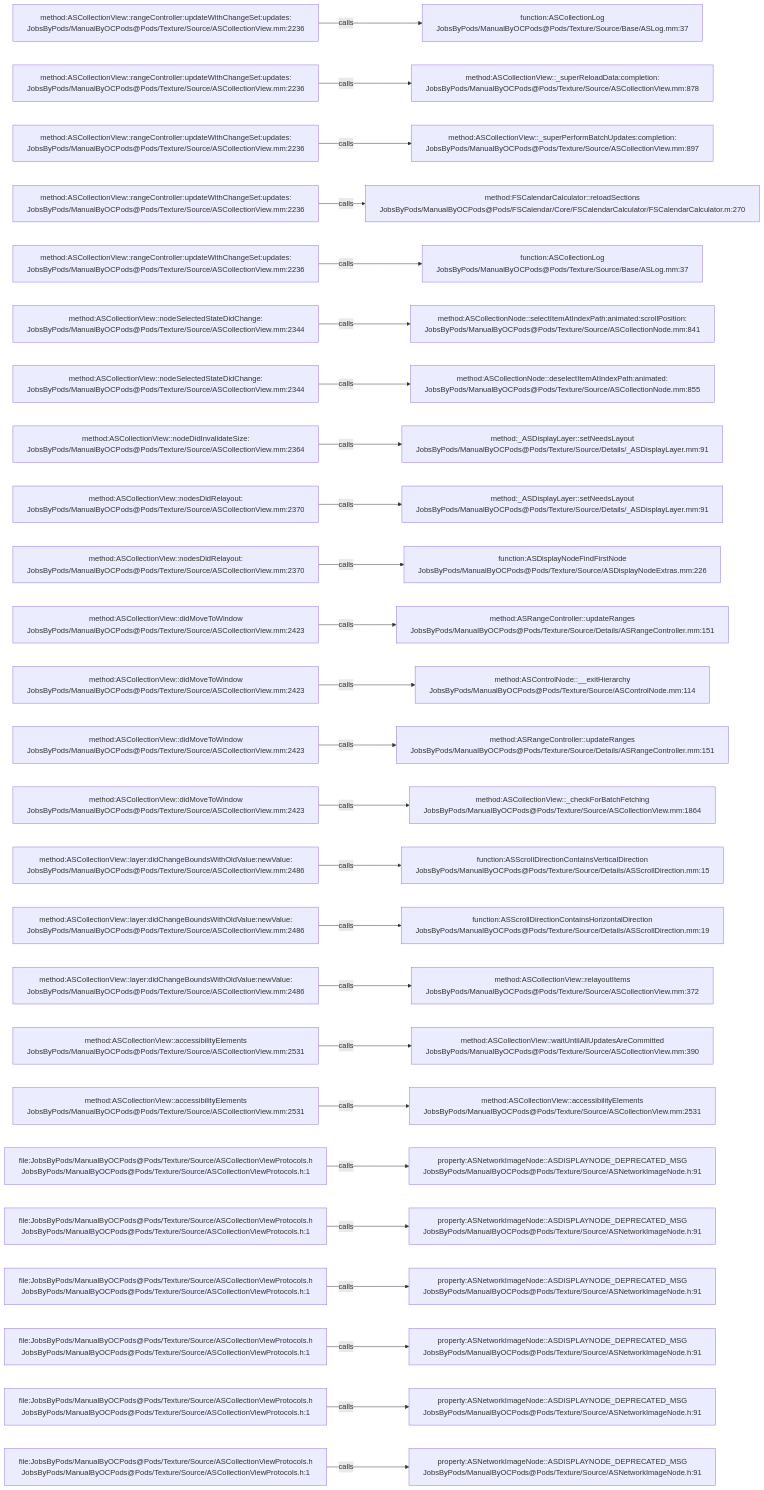
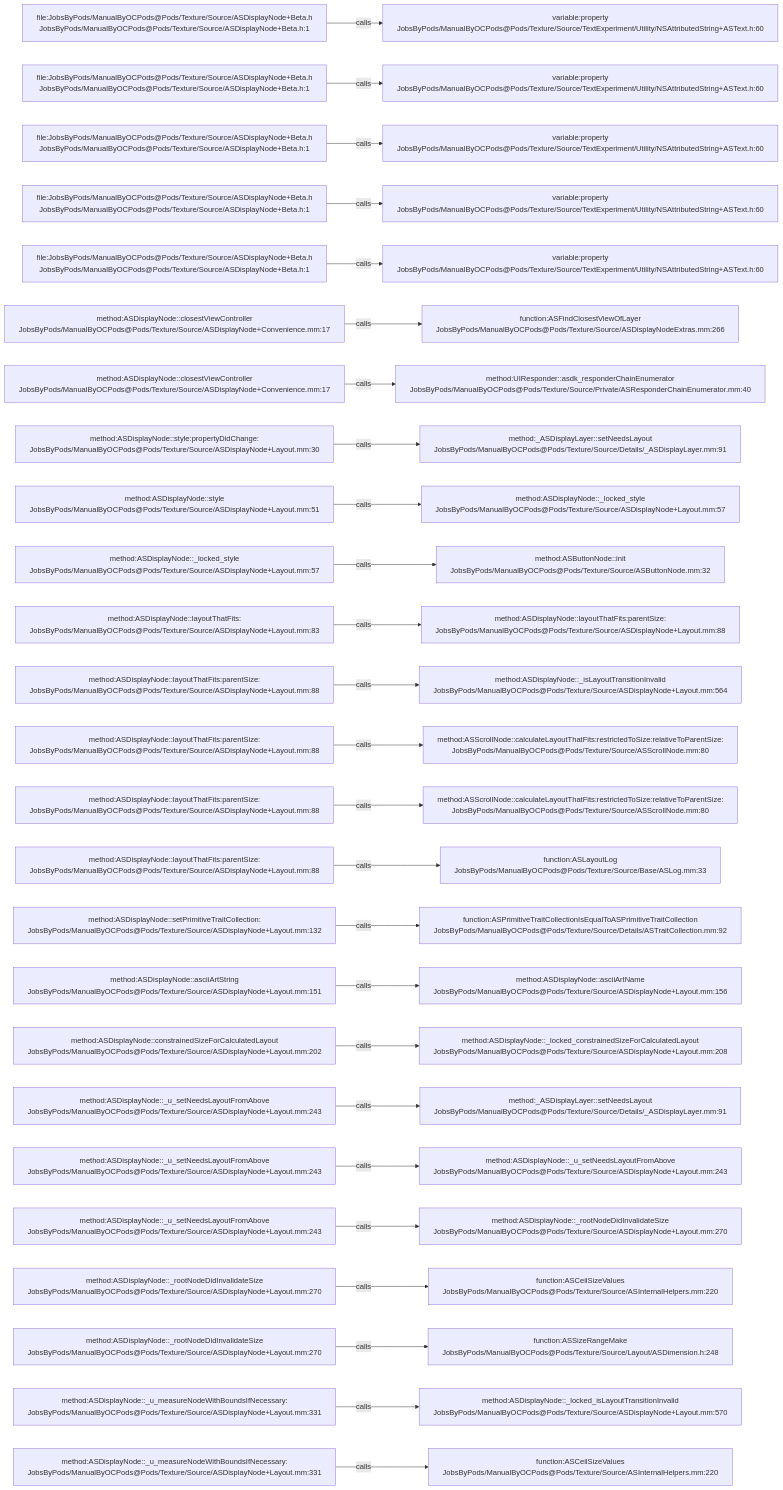
One commit to JobsKits/JobsOCBaseConfigDemo changed the diagram in .codegraph/codegraph.md/graphs/calls-092.md. Above: the diagram before and after it, drawn with Mermaid. The commit also changed 1223 other files, not shown here.

````diff
--- a/.codegraph/codegraph.md/graphs/calls-092.md
+++ b/.codegraph/codegraph.md/graphs/calls-092.md
@@ -13,78 +13,78 @@
 ```mermaid
 flowchart LR
-  S1["method:ASCollectionView::rangeController:updateWithChangeSet:updates:<br/>JobsByPods/ManualByOCPods@Pods/Texture/Source/ASCollectionView.mm:2236"]
-  T1["function:ASCollectionLog<br/>JobsByPods/ManualByOCPods@Pods/Texture/Source/Base/ASLog.mm:37"]
+  S1["file:JobsByPods/ManualByOCPods@Pods/Texture/Source/ASDisplayNode+Beta.h<br/>JobsByPods/ManualByOCPods@Pods/Texture/Source/ASDisplayNode+Beta.h:1"]
+  T1["variable:property<br/>JobsByPods/ManualByOCPods@Pods/Texture/Source/TextExperiment/Utility/NSAttributedString+ASText.h:60"]
   S1 -->|calls| T1
-  S2["method:ASCollectionView::rangeController:updateWithChangeSet:updates:<br/>JobsByPods/ManualByOCPods@Pods/Texture/Source/ASCollectionView.mm:2236"]
-  T2["method:ASCollectionView::_superReloadData:completion:<br/>JobsByPods/ManualByOCPods@Pods/Texture/Source/ASCollectionView.mm:878"]
+  S2["file:JobsByPods/ManualByOCPods@Pods/Texture/Source/ASDisplayNode+Beta.h<br/>JobsByPods/ManualByOCPods@Pods/Texture/Source/ASDisplayNode+Beta.h:1"]
+  T2["variable:property<br/>JobsByPods/ManualByOCPods@Pods/Texture/Source/TextExperiment/Utility/NSAttributedString+ASText.h:60"]
   S2 -->|calls| T2
-  S3["method:ASCollectionView::rangeController:updateWithChangeSet:updates:<br/>JobsByPods/ManualByOCPods@Pods/Texture/Source/ASCollectionView.mm:2236"]
-  T3["method:ASCollectionView::_superPerformBatchUpdates:completion:<br/>JobsByPods/ManualByOCPods@Pods/Texture/Source/ASCollectionView.mm:897"]
+  S3["file:JobsByPods/ManualByOCPods@Pods/Texture/Source/ASDisplayNode+Beta.h<br/>JobsByPods/ManualByOCPods@Pods/Texture/Source/ASDisplayNode+Beta.h:1"]
+  T3["variable:property<br/>JobsByPods/ManualByOCPods@Pods/Texture/Source/TextExperiment/Utility/NSAttributedString+ASText.h:60"]
   S3 -->|calls| T3
-  S4["method:ASCollectionView::rangeController:updateWithChangeSet:updates:<br/>JobsByPods/ManualByOCPods@Pods/Texture/Source/ASCollectionView.mm:2236"]
-  T4["method:FSCalendarCalculator::reloadSections<br/>JobsByPods/ManualByOCPods@Pods/FSCalendar/Core/FSCalendarCalculator/FSCalendarCalculator.m:270"]
+  S4["file:JobsByPods/ManualByOCPods@Pods/Texture/Source/ASDisplayNode+Beta.h<br/>JobsByPods/ManualByOCPods@Pods/Texture/Source/ASDisplayNode+Beta.h:1"]
+  T4["variable:property<br/>JobsByPods/ManualByOCPods@Pods/Texture/Source/TextExperiment/Utility/NSAttributedString+ASText.h:60"]
   S4 -->|calls| T4
-  S5["method:ASCollectionView::rangeController:updateWithChangeSet:updates:<br/>JobsByPods/ManualByOCPods@Pods/Texture/Source/ASCollectionView.mm:2236"]
-  T5["function:ASCollectionLog<br/>JobsByPods/ManualByOCPods@Pods/Texture/Source/Base/ASLog.mm:37"]
+  S5["file:JobsByPods/ManualByOCPods@Pods/Texture/Source/ASDisplayNode+Beta.h<br/>JobsByPods/ManualByOCPods@Pods/Texture/Source/ASDisplayNode+Beta.h:1"]
+  T5["variable:property<br/>JobsByPods/ManualByOCPods@Pods/Texture/Source/TextExperiment/Utility/NSAttributedString+ASText.h:60"]
   S5 -->|calls| T5
-  S6["method:ASCollectionView::nodeSelectedStateDidChange:<br/>JobsByPods/ManualByOCPods@Pods/Texture/Source/ASCollectionView.mm:2344"]
-  T6["method:ASCollectionNode::selectItemAtIndexPath:animated:scrollPosition:<br/>JobsByPods/ManualByOCPods@Pods/Texture/Source/ASCollectionNode.mm:841"]
+  S6["method:ASDisplayNode::closestViewController<br/>JobsByPods/ManualByOCPods@Pods/Texture/Source/ASDisplayNode+Convenience.mm:17"]
+  T6["function:ASFindClosestViewOfLayer<br/>JobsByPods/ManualByOCPods@Pods/Texture/Source/ASDisplayNodeExtras.mm:266"]
   S6 -->|calls| T6
-  S7["method:ASCollectionView::nodeSelectedStateDidChange:<br/>JobsByPods/ManualByOCPods@Pods/Texture/Source/ASCollectionView.mm:2344"]
-  T7["method:ASCollectionNode::deselectItemAtIndexPath:animated:<br/>JobsByPods/ManualByOCPods@Pods/Texture/Source/ASCollectionNode.mm:855"]
+  S7["method:ASDisplayNode::closestViewController<br/>JobsByPods/ManualByOCPods@Pods/Texture/Source/ASDisplayNode+Convenience.mm:17"]
+  T7["method:UIResponder::asdk_responderChainEnumerator<br/>JobsByPods/ManualByOCPods@Pods/Texture/Source/Private/ASResponderChainEnumerator.mm:40"]
   S7 -->|calls| T7
-  S8["method:ASCollectionView::nodeDidInvalidateSize:<br/>JobsByPods/ManualByOCPods@Pods/Texture/Source/ASCollectionView.mm:2364"]
+  S8["method:ASDisplayNode::style:propertyDidChange:<br/>JobsByPods/ManualByOCPods@Pods/Texture/Source/ASDisplayNode+Layout.mm:30"]
   T8["method:_ASDisplayLayer::setNeedsLayout<br/>JobsByPods/ManualByOCPods@Pods/Texture/Source/Details/_ASDisplayLayer.mm:91"]
   S8 -->|calls| T8
-  S9["method:ASCollectionView::nodesDidRelayout:<br/>JobsByPods/ManualByOCPods@Pods/Texture/Source/ASCollectionView.mm:2370"]
-  T9["method:_ASDisplayLayer::setNeedsLayout<br/>JobsByPods/ManualByOCPods@Pods/Texture/Source/Details/_ASDisplayLayer.mm:91"]
+  S9["method:ASDisplayNode::style<br/>JobsByPods/ManualByOCPods@Pods/Texture/Source/ASDisplayNode+Layout.mm:51"]
+  T9["method:ASDisplayNode::_locked_style<br/>JobsByPods/ManualByOCPods@Pods/Texture/Source/ASDisplayNode+Layout.mm:57"]
   S9 -->|calls| T9
-  S10["method:ASCollectionView::nodesDidRelayout:<br/>JobsByPods/ManualByOCPods@Pods/Texture/Source/ASCollectionView.mm:2370"]
-  T10["function:ASDisplayNodeFindFirstNode<br/>JobsByPods/ManualByOCPods@Pods/Texture/Source/ASDisplayNodeExtras.mm:226"]
+  S10["method:ASDisplayNode::_locked_style<br/>JobsByPods/ManualByOCPods@Pods/Texture/Source/ASDisplayNode+Layout.mm:57"]
+  T10["method:ASButtonNode::init<br/>JobsByPods/ManualByOCPods@Pods/Texture/Source/ASButtonNode.mm:32"]
   S10 -->|calls| T10
-  S11["method:ASCollectionView::didMoveToWindow<br/>JobsByPods/ManualByOCPods@Pods/Texture/Source/ASCollectionView.mm:2423"]
-  T11["method:ASRangeController::updateRanges<br/>JobsByPods/ManualByOCPods@Pods/Texture/Source/Details/ASRangeController.mm:151"]
+  S11["method:ASDisplayNode::layoutThatFits:<br/>JobsByPods/ManualByOCPods@Pods/Texture/Source/ASDisplayNode+Layout.mm:83"]
+  T11["method:ASDisplayNode::layoutThatFits:parentSize:<br/>JobsByPods/ManualByOCPods@Pods/Texture/Source/ASDisplayNode+Layout.mm:88"]
   S11 -->|calls| T11
-  S12["method:ASCollectionView::didMoveToWindow<br/>JobsByPods/ManualByOCPods@Pods/Texture/Source/ASCollectionView.mm:2423"]
-  T12["method:ASControlNode::__exitHierarchy<br/>JobsByPods/ManualByOCPods@Pods/Texture/Source/ASControlNode.mm:114"]
+  S12["method:ASDisplayNode::layoutThatFits:parentSize:<br/>JobsByPods/ManualByOCPods@Pods/Texture/Source/ASDisplayNode+Layout.mm:88"]
+  T12["method:ASDisplayNode::_isLayoutTransitionInvalid<br/>JobsByPods/ManualByOCPods@Pods/Texture/Source/ASDisplayNode+Layout.mm:564"]
   S12 -->|calls| T12
-  S13["method:ASCollectionView::didMoveToWindow<br/>JobsByPods/ManualByOCPods@Pods/Texture/Source/ASCollectionView.mm:2423"]
-  T13["method:ASRangeController::updateRanges<br/>JobsByPods/ManualByOCPods@Pods/Texture/Source/Details/ASRangeController.mm:151"]
+  S13["method:ASDisplayNode::layoutThatFits:parentSize:<br/>JobsByPods/ManualByOCPods@Pods/Texture/Source/ASDisplayNode+Layout.mm:88"]
+  T13["method:ASScrollNode::calculateLayoutThatFits:restrictedToSize:relativeToParentSize:<br/>JobsByPods/ManualByOCPods@Pods/Texture/Source/ASScrollNode.mm:80"]
   S13 -->|calls| T13
-  S14["method:ASCollectionView::didMoveToWindow<br/>JobsByPods/ManualByOCPods@Pods/Texture/Source/ASCollectionView.mm:2423"]
-  T14["method:ASCollectionView::_checkForBatchFetching<br/>JobsByPods/ManualByOCPods@Pods/Texture/Source/ASCollectionView.mm:1864"]
+  S14["method:ASDisplayNode::layoutThatFits:parentSize:<br/>JobsByPods/ManualByOCPods@Pods/Texture/Source/ASDisplayNode+Layout.mm:88"]
+  T14["method:ASScrollNode::calculateLayoutThatFits:restrictedToSize:relativeToParentSize:<br/>JobsByPods/ManualByOCPods@Pods/Texture/Source/ASScrollNode.mm:80"]
   S14 -->|calls| T14
-  S15["method:ASCollectionView::layer:didChangeBoundsWithOldValue:newValue:<br/>JobsByPods/ManualByOCPods@Pods/Texture/Source/ASCollectionView.mm:2486"]
-  T15["function:ASScrollDirectionContainsVerticalDirection<br/>JobsByPods/ManualByOCPods@Pods/Texture/Source/Details/ASScrollDirection.mm:15"]
+  S15["method:ASDisplayNode::layoutThatFits:parentSize:<br/>JobsByPods/ManualByOCPods@Pods/Texture/Source/ASDisplayNode+Layout.mm:88"]
+  T15["function:ASLayoutLog<br/>JobsByPods/ManualByOCPods@Pods/Texture/Source/Base/ASLog.mm:33"]
   S15 -->|calls| T15
-  S16["method:ASCollectionView::layer:didChangeBoundsWithOldValue:newValue:<br/>JobsByPods/ManualByOCPods@Pods/Texture/Source/ASCollectionView.mm:2486"]
-  T16["function:ASScrollDirectionContainsHorizontalDirection<br/>JobsByPods/ManualByOCPods@Pods/Texture/Source/Details/ASScrollDirection.mm:19"]
+  S16["method:ASDisplayNode::setPrimitiveTraitCollection:<br/>JobsByPods/ManualByOCPods@Pods/Texture/Source/ASDisplayNode+Layout.mm:132"]
+  T16["function:ASPrimitiveTraitCollectionIsEqualToASPrimitiveTraitCollection<br/>JobsByPods/ManualByOCPods@Pods/Texture/Source/Details/ASTraitCollection.mm:92"]
   S16 -->|calls| T16
-  S17["method:ASCollectionView::layer:didChangeBoundsWithOldValue:newValue:<br/>JobsByPods/ManualByOCPods@Pods/Texture/Source/ASCollectionView.mm:2486"]
-  T17["method:ASCollectionView::relayoutItems<br/>JobsByPods/ManualByOCPods@Pods/Texture/Source/ASCollectionView.mm:372"]
+  S17["method:ASDisplayNode::asciiArtString<br/>JobsByPods/ManualByOCPods@Pods/Texture/Source/ASDisplayNode+Layout.mm:151"]
+  T17["method:ASDisplayNode::asciiArtName<br/>JobsByPods/ManualByOCPods@Pods/Texture/Source/ASDisplayNode+Layout.mm:156"]
   S17 -->|calls| T17
-  S18["method:ASCollectionView::accessibilityElements<br/>JobsByPods/ManualByOCPods@Pods/Texture/Source/ASCollectionView.mm:2531"]
-  T18["method:ASCollectionView::waitUntilAllUpdatesAreCommitted<br/>JobsByPods/ManualByOCPods@Pods/Texture/Source/ASCollectionView.mm:390"]
+  S18["method:ASDisplayNode::constrainedSizeForCalculatedLayout<br/>JobsByPods/ManualByOCPods@Pods/Texture/Source/ASDisplayNode+Layout.mm:202"]
+  T18["method:ASDisplayNode::_locked_constrainedSizeForCalculatedLayout<br/>JobsByPods/ManualByOCPods@Pods/Texture/Source/ASDisplayNode+Layout.mm:208"]
   S18 -->|calls| T18
-  S19["method:ASCollectionView::accessibilityElements<br/>JobsByPods/ManualByOCPods@Pods/Texture/Source/ASCollectionView.mm:2531"]
-  T19["method:ASCollectionView::accessibilityElements<br/>JobsByPods/ManualByOCPods@Pods/Texture/Source/ASCollectionView.mm:2531"]
+  S19["method:ASDisplayNode::_u_setNeedsLayoutFromAbove<br/>JobsByPods/ManualByOCPods@Pods/Texture/Source/ASDisplayNode+Layout.mm:243"]
+  T19["method:_ASDisplayLayer::setNeedsLayout<br/>JobsByPods/ManualByOCPods@Pods/Texture/Source/Details/_ASDisplayLayer.mm:91"]
   S19 -->|calls| T19
-  S20["file:JobsByPods/ManualByOCPods@Pods/Texture/Source/ASCollectionViewProtocols.h<br/>JobsByPods/ManualByOCPods@Pods/Texture/Source/ASCollectionViewProtocols.h:1"]
-  T20["property:ASNetworkImageNode::ASDISPLAYNODE_DEPRECATED_MSG<br/>JobsByPods/ManualByOCPods@Pods/Texture/Source/ASNetworkImageNode.h:91"]
+  S20["method:ASDisplayNode::_u_setNeedsLayoutFromAbove<br/>JobsByPods/ManualByOCPods@Pods/Texture/Source/ASDisplayNode+Layout.mm:243"]
+  T20["method:ASDisplayNode::_u_setNeedsLayoutFromAbove<br/>JobsByPods/ManualByOCPods@Pods/Texture/Source/ASDisplayNode+Layout.mm:243"]
   S20 -->|calls| T20
-  S21["file:JobsByPods/ManualByOCPods@Pods/Texture/Source/ASCollectionViewProtocols.h<br/>JobsByPods/ManualByOCPods@Pods/Texture/Source/ASCollectionViewProtocols.h:1"]
-  T21["property:ASNetworkImageNode::ASDISPLAYNODE_DEPRECATED_MSG<br/>JobsByPods/ManualByOCPods@Pods/Texture/Source/ASNetworkImageNode.h:91"]
+  S21["method:ASDisplayNode::_u_setNeedsLayoutFromAbove<br/>JobsByPods/ManualByOCPods@Pods/Texture/Source/ASDisplayNode+Layout.mm:243"]
+  T21["method:ASDisplayNode::_rootNodeDidInvalidateSize<br/>JobsByPods/ManualByOCPods@Pods/Texture/Source/ASDisplayNode+Layout.mm:270"]
   S21 -->|calls| T21
-  S22["file:JobsByPods/ManualByOCPods@Pods/Texture/Source/ASCollectionViewProtocols.h<br/>JobsByPods/ManualByOCPods@Pods/Texture/Source/ASCollectionViewProtocols.h:1"]
-  T22["property:ASNetworkImageNode::ASDISPLAYNODE_DEPRECATED_MSG<br/>JobsByPods/ManualByOCPods@Pods/Texture/Source/ASNetworkImageNode.h:91"]
+  S22["method:ASDisplayNode::_rootNodeDidInvalidateSize<br/>JobsByPods/ManualByOCPods@Pods/Texture/Source/ASDisplayNode+Layout.mm:270"]
+  T22["function:ASCeilSizeValues<br/>JobsByPods/ManualByOCPods@Pods/Texture/Source/ASInternalHelpers.mm:220"]
   S22 -->|calls| T22
-  S23["file:JobsByPods/ManualByOCPods@Pods/Texture/Source/ASCollectionViewProtocols.h<br/>JobsByPods/ManualByOCPods@Pods/Texture/Source/ASCollectionViewProtocols.h:1"]
-  T23["property:ASNetworkImageNode::ASDISPLAYNODE_DEPRECATED_MSG<br/>JobsByPods/ManualByOCPods@Pods/Texture/Source/ASNetworkImageNode.h:91"]
+  S23["method:ASDisplayNode::_rootNodeDidInvalidateSize<br/>JobsByPods/ManualByOCPods@Pods/Texture/Source/ASDisplayNode+Layout.mm:270"]
+  T23["function:ASSizeRangeMake<br/>JobsByPods/ManualByOCPods@Pods/Texture/Source/Layout/ASDimension.h:248"]
   S23 -->|calls| T23
-  S24["file:JobsByPods/ManualByOCPods@Pods/Texture/Source/ASCollectionViewProtocols.h<br/>JobsByPods/ManualByOCPods@Pods/Texture/Source/ASCollectionViewProtocols.h:1"]
-  T24["property:ASNetworkImageNode::ASDISPLAYNODE_DEPRECATED_MSG<br/>JobsByPods/ManualByOCPods@Pods/Texture/Source/ASNetworkImageNode.h:91"]
+  S24["method:ASDisplayNode::_u_measureNodeWithBoundsIfNecessary:<br/>JobsByPods/ManualByOCPods@Pods/Texture/Source/ASDisplayNode+Layout.mm:331"]
+  T24["method:ASDisplayNode::_locked_isLayoutTransitionInvalid<br/>JobsByPods/ManualByOCPods@Pods/Texture/Source/ASDisplayNode+Layout.mm:570"]
   S24 -->|calls| T24
-  S25["file:JobsByPods/ManualByOCPods@Pods/Texture/Source/ASCollectionViewProtocols.h<br/>JobsByPods/ManualByOCPods@Pods/Texture/Source/ASCollectionViewProtocols.h:1"]
-  T25["property:ASNetworkImageNode::ASDISPLAYNODE_DEPRECATED_MSG<br/>JobsByPods/ManualByOCPods@Pods/Texture/Source/ASNetworkImageNode.h:91"]
+  S25["method:ASDisplayNode::_u_measureNodeWithBoundsIfNecessary:<br/>JobsByPods/ManualByOCPods@Pods/Texture/Source/ASDisplayNode+Layout.mm:331"]
+  T25["function:ASCeilSizeValues<br/>JobsByPods/ManualByOCPods@Pods/Texture/Source/ASInternalHelpers.mm:220"]
   S25 -->|calls| T25
 ```
````
